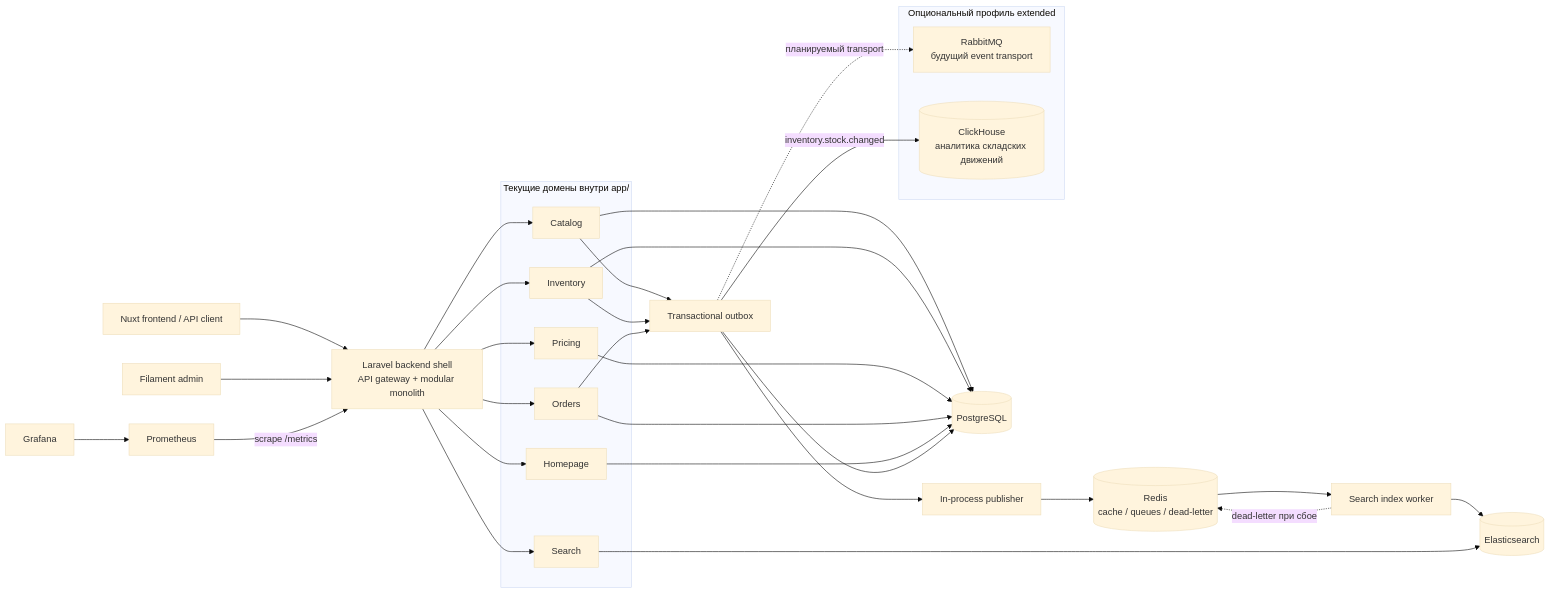
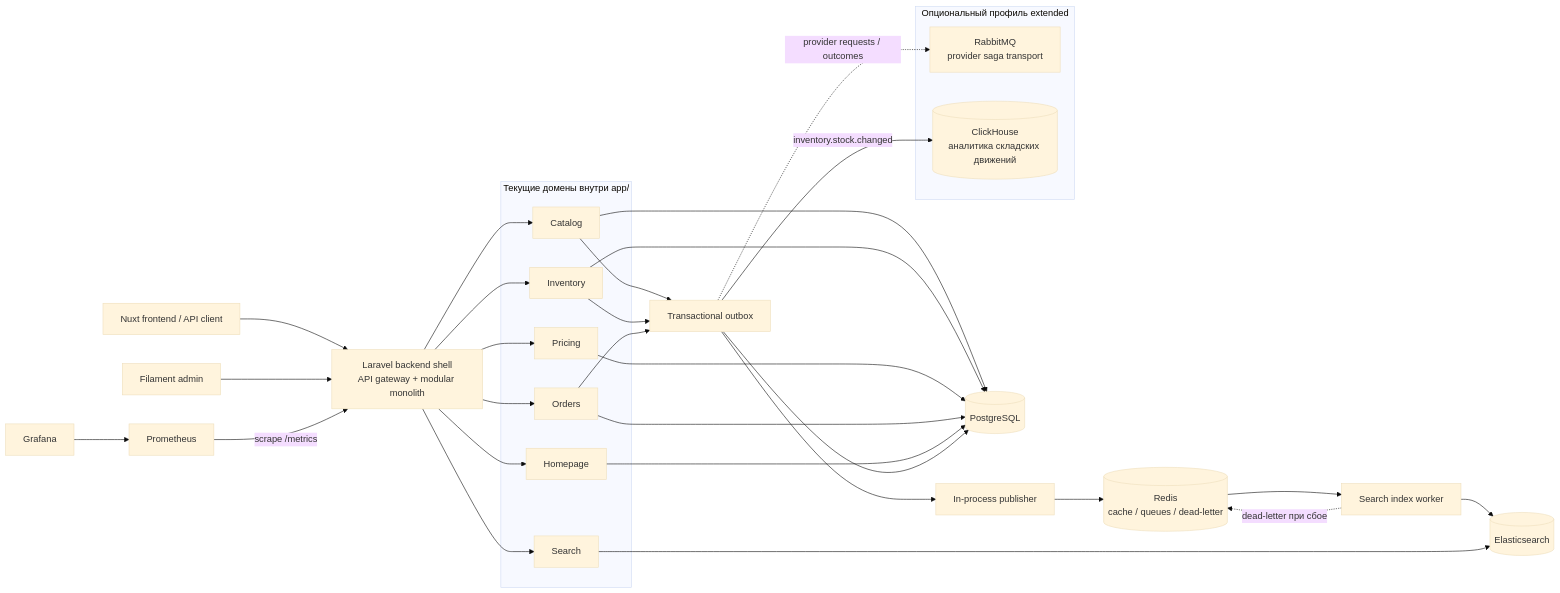
One commit to Smiley-Alyx/stockflow-market changed the second of 2 diagrams in README.md. Above: the diagram before and after it, drawn with Mermaid (base theme). The commit also changed other lines of this file and 7 other files, not shown here.

````diff
--- a/README.md
+++ b/README.md
@@ -120,52 +120,52 @@
 ```mermaid
 flowchart LR
     client["Nuxt frontend / API client"] --> gateway["Laravel backend shell<br/>API gateway + modular monolith"]
     admin["Filament admin"] --> gateway
 
     subgraph domains["Текущие домены внутри app/"]
         catalog["Catalog"]
         inventory["Inventory"]
         pricing["Pricing"]
         orders["Orders"]
         homepage["Homepage"]
         search["Search"]
     end
 
     gateway --> catalog
     gateway --> inventory
     gateway --> pricing
     gateway --> orders
     gateway --> homepage
     gateway --> search
 
     postgres[("PostgreSQL")]
     redis[("Redis<br/>cache / queues / dead-letter")]
     elasticsearch[("Elasticsearch")]
 
     catalog --> postgres
     inventory --> postgres
     pricing --> postgres
     orders --> postgres
     homepage --> postgres
     catalog --> outbox["Transactional outbox"]
     inventory --> outbox
     orders --> outbox
     outbox --> postgres
     outbox --> publisher["In-process publisher"]
     publisher --> redis
     redis --> worker["Search index worker"]
     worker --> elasticsearch
     worker -. "dead-letter при сбое" .-> redis
     search --> elasticsearch
 
     prometheus["Prometheus"] -->|"scrape /metrics"| gateway
     grafana["Grafana"] --> prometheus
 
     subgraph extended["Опциональный профиль extended"]
-        rabbitmq["RabbitMQ<br/>будущий event transport"]
+        rabbitmq["RabbitMQ<br/>provider saga transport"]
         clickhouse[("ClickHouse<br/>аналитика складских движений")]
     end
 
-    outbox -. "планируемый transport" .-> rabbitmq
+    outbox -. "provider requests / outcomes" .-> rabbitmq
     outbox -- "inventory.stock.changed" --> clickhouse
 ```
````
